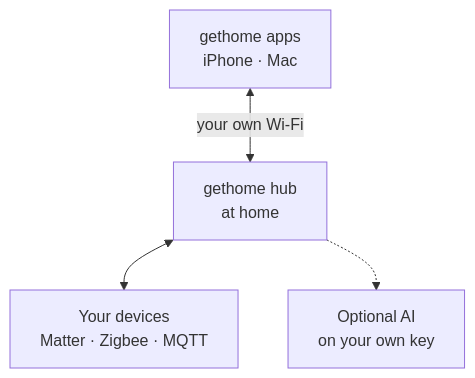
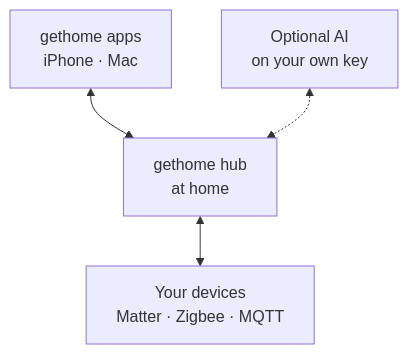
The diagram in README.md (gethome-inc/gethome-hub), drawn with Mermaid before and after one commit.

Commit message:
README: draw the diagram so a phone can read it and its controls cover nothing
The first diagram ran left to right in four columns, so GitHub scaled it down to
unreadable on a phone, and the zoom controls GitHub overlays on the bottom-right
corner of every diagram hid the optional AI node. Stack it top to bottom with the
apps and the optional AI above the hub and the devices below, which keeps the
bottom-right corner empty and the text at full size.

Claude-Session: https://claude.ai/code/session_01XaimtrovAadNtrdQSKqFHL

````diff
--- a/README.md
+++ b/README.md
@@ -57,6 +57,6 @@
 ```mermaid
 flowchart TB
-    APPS["gethome apps<br/>iPhone · Mac"] <-->|your own Wi-Fi| HUB["gethome hub<br/>at home"]
+    APPS["gethome apps<br/>iPhone · Mac"] <--> HUB["gethome hub<br/>at home"]
+    AI["Optional AI<br/>on your own key"] <-.-> HUB
     HUB <--> DEV["Your devices<br/>Matter · Zigbee · MQTT"]
-    HUB -.-> AI["Optional AI<br/>on your own key"]
 ```
````
